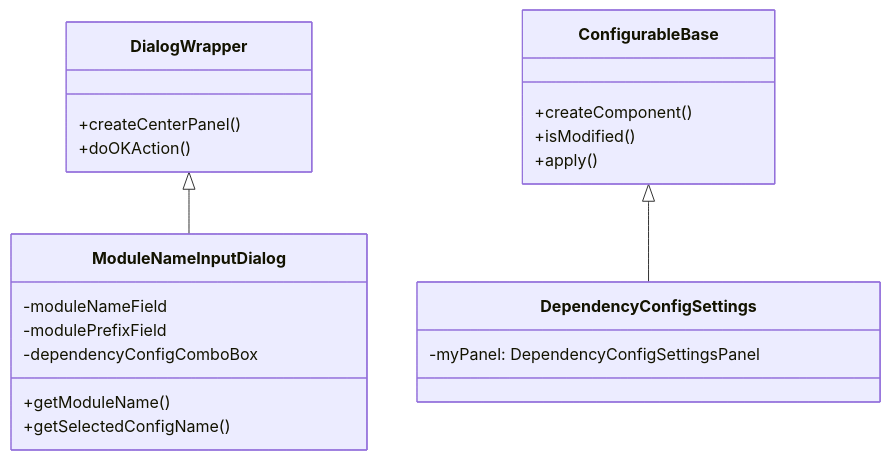
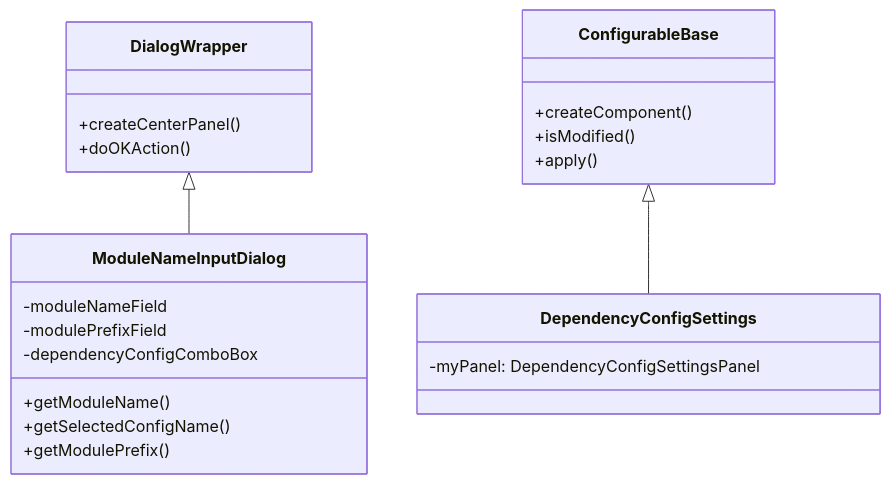
One commit to korykim/ruoyi-vue-plus-module-fast-generator changed the sixth of 12 diagrams in note.md. Above: the diagram before and after it, drawn with Mermaid. The commit also changed other lines of this file, not shown here.

````diff
--- a/note.md
+++ b/note.md
@@ -153,29 +162,30 @@
 ```mermaid
 classDiagram
     class DialogWrapper {
         +createCenterPanel()
         +doOKAction()
     }
     
     class ModuleNameInputDialog {
         -moduleNameField
         -modulePrefixField
         -dependencyConfigComboBox
         +getModuleName()
         +getSelectedConfigName()
+        +getModulePrefix()
     }
     
     DialogWrapper <|-- ModuleNameInputDialog
     
     class ConfigurableBase {
         +createComponent()
         +isModified()
         +apply()
     }
     
     class DependencyConfigSettings {
         -myPanel: DependencyConfigSettingsPanel
     }
     
     ConfigurableBase <|-- DependencyConfigSettings
 ```
````
